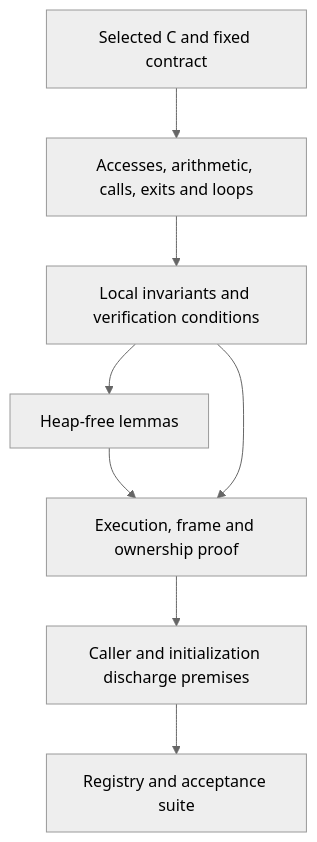
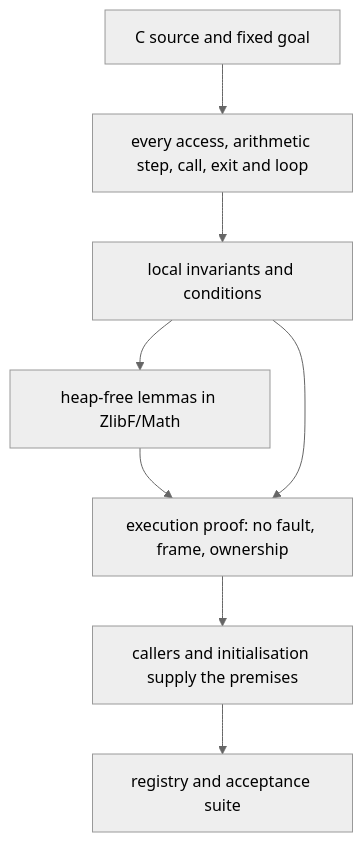
The first of 2 diagrams in docs/proof/method.md (cla7aye15I4nd/oss-proof), drawn with Mermaid (neutral theme) before and after one commit. The commit also changed other lines of this file and 3 other files, not shown here.

````diff
--- a/docs/proof/method.md
+++ b/docs/proof/method.md
@@ -36,10 +34,10 @@
 ```mermaid
 flowchart TD
-    Source["Selected C and fixed contract"] --> Hazards["Accesses, arithmetic, calls, exits and loops"]
-    Hazards --> Local["Local invariants and verification conditions"]
-    Local --> Math["Heap-free lemmas"]
-    Math --> Execution["Execution, frame and ownership proof"]
+    Source["C source and fixed goal"] --> Hazards["every access, arithmetic step, call, exit and loop"]
+    Hazards --> Local["local invariants and conditions"]
+    Local --> Math["heap-free lemmas in ZlibF/Math"]
+    Math --> Execution["execution proof: no fault, frame, ownership"]
     Local --> Execution
-    Execution --> Init["Caller and initialization discharge premises"]
-    Init --> Acceptance["Registry and acceptance suite"]
+    Execution --> Init["callers and initialisation supply the premises"]
+    Init --> Acceptance["registry and acceptance suite"]
 ```
````
